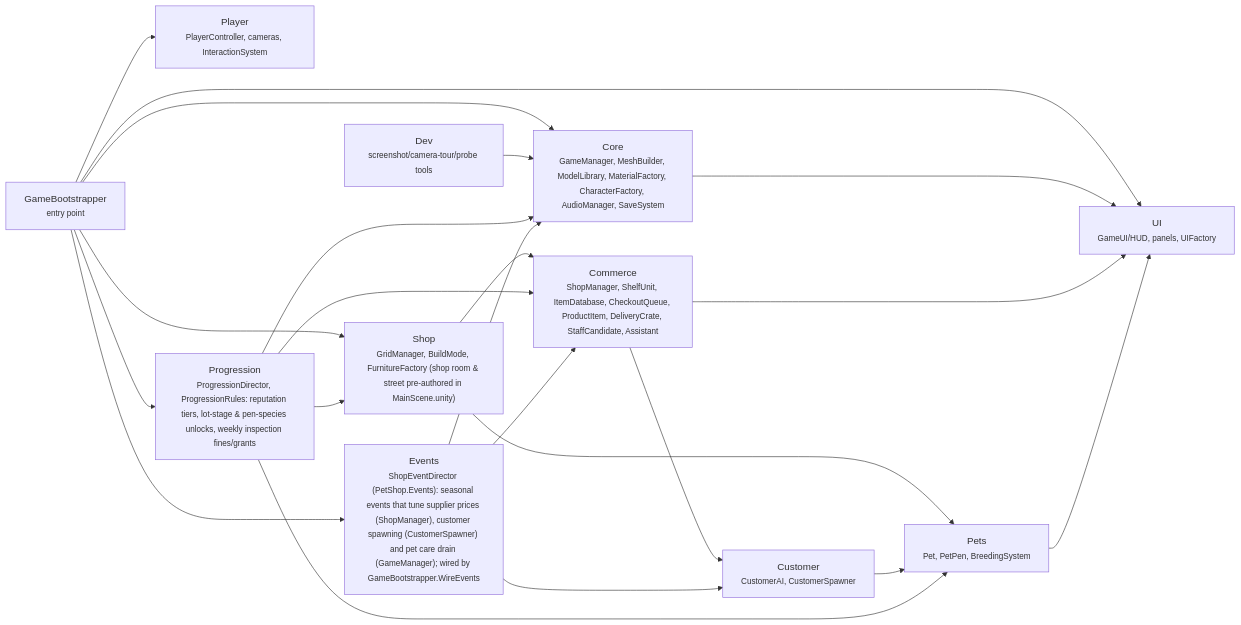
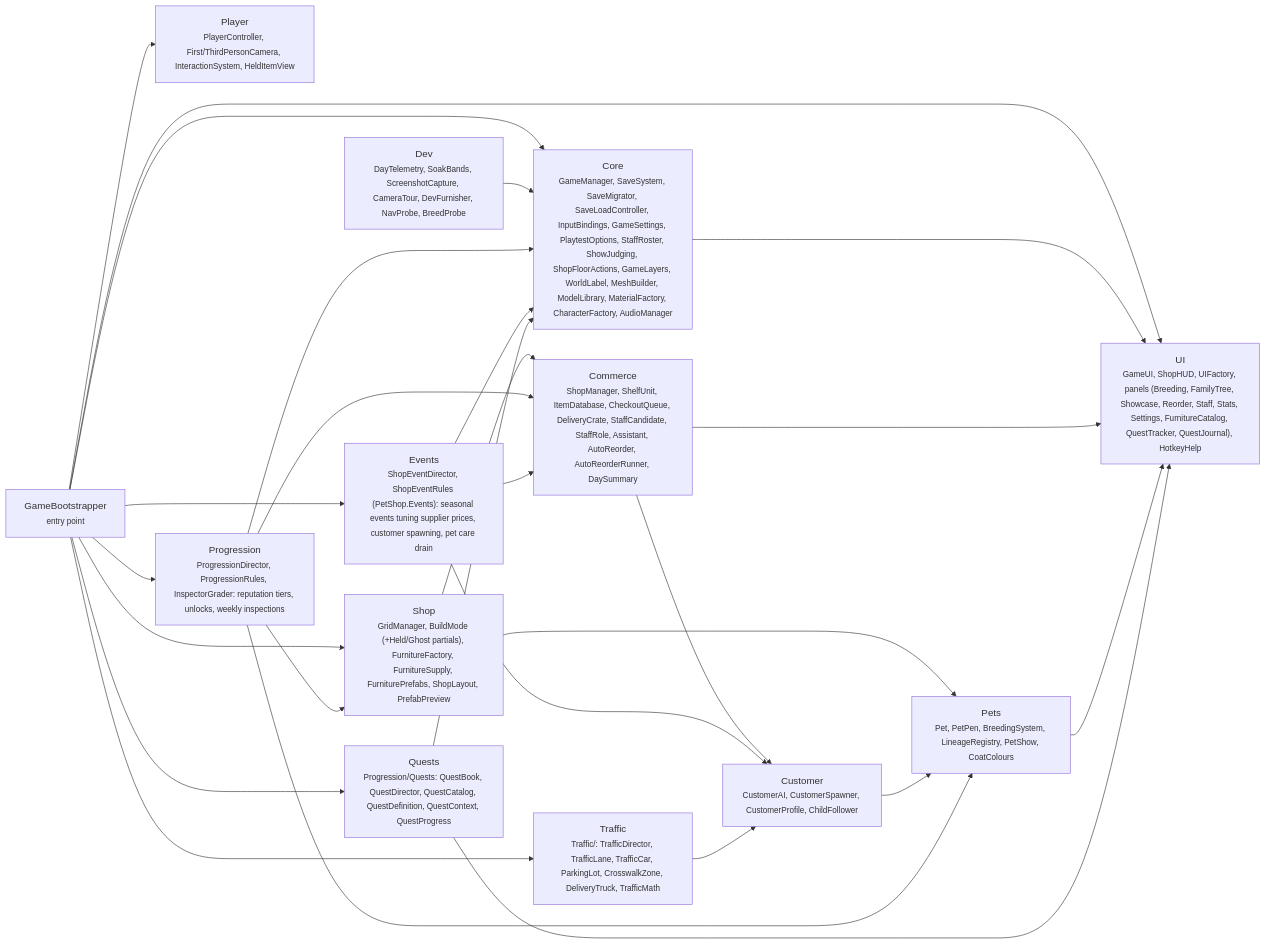
The diagram in docs/architecture/overview.md (Erhearty/PetShopSimulator), drawn with Mermaid before and after one commit. The commit also changed other lines of this file and 3 other files, not shown here.

Commit message:
docs: sync architecture docs

````diff
--- a/docs/architecture/overview.md
+++ b/docs/architecture/overview.md
@@ -16,35 +16,42 @@
 ```mermaid
 flowchart LR
     bootstrapper["GameBootstrapper<br/><small>entry point</small>"]
-    core["Core<br/><small>GameManager, MeshBuilder, ModelLibrary, MaterialFactory, CharacterFactory, AudioManager, SaveSystem</small>"]
-    shop["Shop<br/><small>GridManager, BuildMode, FurnitureFactory (shop room & street pre-authored in MainScene.unity)</small>"]
-    player["Player<br/><small>PlayerController, cameras, InteractionSystem</small>"]
-    customer["Customer<br/><small>CustomerAI, CustomerSpawner</small>"]
-    commerce["Commerce<br/><small>ShopManager, ShelfUnit, ItemDatabase, CheckoutQueue, ProductItem, DeliveryCrate, StaffCandidate, Assistant</small>"]
-    pets["Pets<br/><small>Pet, PetPen, BreedingSystem</small>"]
-    ui["UI<br/><small>GameUI/HUD, panels, UIFactory</small>"]
-    dev["Dev<br/><small>screenshot/camera-tour/probe tools</small>"]
-    progression["Progression<br/><small>ProgressionDirector, ProgressionRules: reputation tiers, lot-stage & pen-species unlocks, weekly inspection fines/grants</small>"]
-    events["Events<br/><small>ShopEventDirector (PetShop.Events): seasonal events that tune supplier prices (ShopManager), customer spawning (CustomerSpawner) and pet care drain (GameManager); wired by GameBootstrapper.WireEvents</small>"]
+    core["Core<br/><small>GameManager, SaveSystem, SaveMigrator, SaveLoadController, InputBindings, GameSettings, PlaytestOptions, StaffRoster, ShowJudging, ShopFloorActions, GameLayers, WorldLabel, MeshBuilder, ModelLibrary, MaterialFactory, CharacterFactory, AudioManager</small>"]
+    shop["Shop<br/><small>GridManager, BuildMode (+Held/Ghost partials), FurnitureFactory, FurnitureSupply, FurniturePrefabs, ShopLayout, PrefabPreview</small>"]
+    player["Player<br/><small>PlayerController, First/ThirdPersonCamera, InteractionSystem, HeldItemView</small>"]
+    customer["Customer<br/><small>CustomerAI, CustomerSpawner, CustomerProfile, ChildFollower</small>"]
+    commerce["Commerce<br/><small>ShopManager, ShelfUnit, ItemDatabase, CheckoutQueue, DeliveryCrate, StaffCandidate, StaffRole, Assistant, AutoReorder, AutoReorderRunner, DaySummary</small>"]
+    pets["Pets<br/><small>Pet, PetPen, BreedingSystem, LineageRegistry, PetShow, CoatColours</small>"]
+    ui["UI<br/><small>GameUI, ShopHUD, UIFactory, panels (Breeding, FamilyTree, Showcase, Reorder, Staff, Stats, Settings, FurnitureCatalog, QuestTracker, QuestJournal), HotkeyHelp</small>"]
+    dev["Dev<br/><small>DayTelemetry, SoakBands, ScreenshotCapture, CameraTour, DevFurnisher, NavProbe, BreedProbe</small>"]
+    progression["Progression<br/><small>ProgressionDirector, ProgressionRules, InspectorGrader: reputation tiers, unlocks, weekly inspections</small>"]
+    quests["Quests<br/><small>Progression/Quests: QuestBook, QuestDirector, QuestCatalog, QuestDefinition, QuestContext, QuestProgress</small>"]
+    events["Events<br/><small>ShopEventDirector, ShopEventRules (PetShop.Events): seasonal events tuning supplier prices, customer spawning, pet care drain</small>"]
+    traffic["Traffic<br/><small>Traffic/: TrafficDirector, TrafficLane, TrafficCar, ParkingLot, CrosswalkZone, DeliveryTruck, TrafficMath</small>"]
     bootstrapper --> core
     bootstrapper --> shop
     bootstrapper --> player
     bootstrapper --> ui
     core --> ui
     shop --> commerce
     shop --> pets
     commerce --> customer
     customer --> pets
     commerce --> ui
     pets --> ui
     dev --> core
     bootstrapper --> progression
     progression --> core
     progression --> shop
     progression --> commerce
     progression --> pets
     bootstrapper --> events
     events --> core
     events --> commerce
     events --> customer
+    bootstrapper --> quests
+    quests --> core
+    quests --> ui
+    bootstrapper --> traffic
+    traffic --> customer
 ```
````
